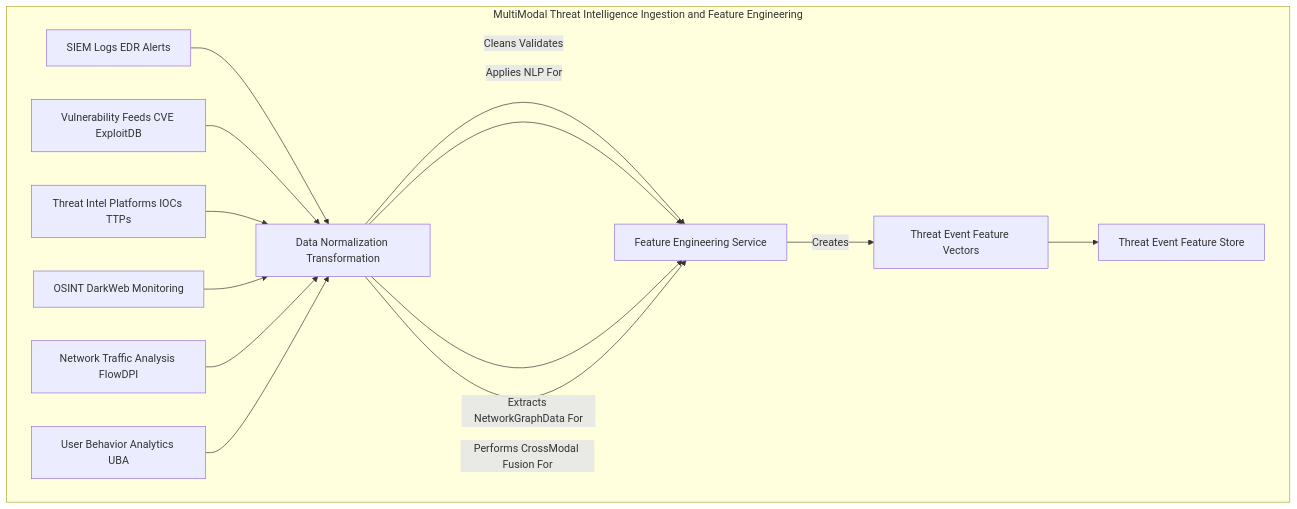
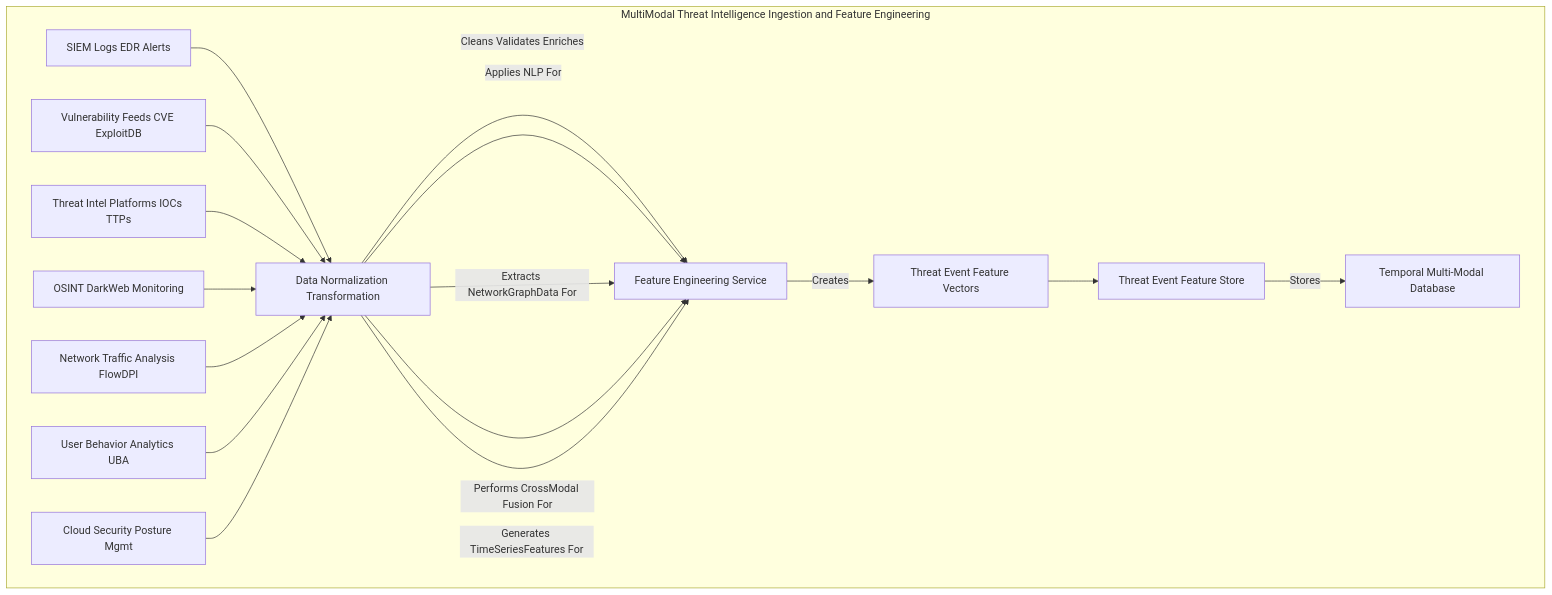
Before and after one commit to diplomat-bit/Citibank_Demo_Business_Inc_Demonstration-: the third of 10 diagrams in inventions/inventions/026_predictive_cyber_threat_intelligence.md, drawn with Mermaid. The commit also changed other lines of this file, not shown here.

````diff
--- a/inventions/inventions/026_predictive_cyber_threat_intelligence.md
+++ b/inventions/inventions/026_predictive_cyber_threat_intelligence.md
@@ -135,19 +144,22 @@
 ```mermaid
 graph TD
     subgraph MultiModal Threat Intelligence Ingestion and Feature Engineering
         A[SIEM Logs EDR Alerts] --> DNT[Data Normalization Transformation]
         B[Vulnerability Feeds CVE ExploitDB] --> DNT
         C[Threat Intel Platforms IOCs TTPs] --> DNT
         D[OSINT DarkWeb Monitoring] --> DNT
         E[Network Traffic Analysis FlowDPI] --> DNT
         U[User Behavior Analytics UBA] --> DNT
+        CSPM[Cloud Security Posture Mgmt] --> DNT
 
-        DNT -- Cleans Validates --> FE[Feature Engineering Service]
+        DNT -- Cleans Validates Enriches --> FE[Feature Engineering Service]
         DNT -- Applies NLP For --> FE
         DNT -- Extracts NetworkGraphData For --> FE
         DNT -- Performs CrossModal Fusion For --> FE
+        DNT -- Generates TimeSeriesFeatures For --> FE
 
         FE -- Creates --> TEFV[Threat Event Feature Vectors]
         TEFV --> TEFS[Threat Event Feature Store]
+        TEFS -- Stores --> TMDB[Temporal Multi-Modal Database]
     end
 ```
````
